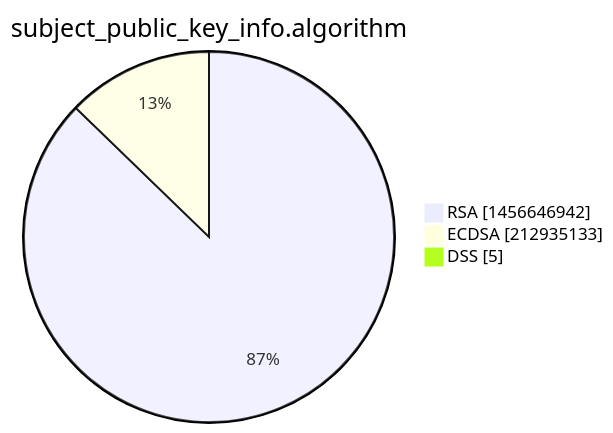
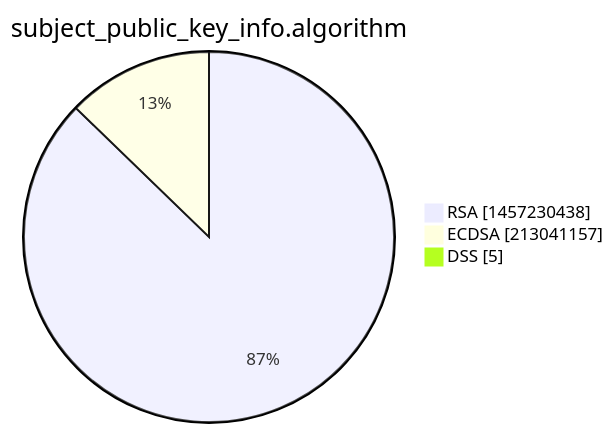
The third of 15 diagrams in xenon2022/README.md (christiankrug/ctmonitor_visualization), drawn with Mermaid before and after one commit. The commit also changed other lines of this file, not shown here.

````diff
--- a/xenon2022/README.md
+++ b/xenon2022/README.md
@@ -14,7 +14,7 @@
 ```mermaid
 pie showData
 title subject_public_key_info.algorithm
-"RSA" :1456646942
-"ECDSA" :212935133
+"RSA" :1457230438
+"ECDSA" :213041157
 "DSS" :5
 ```
````
